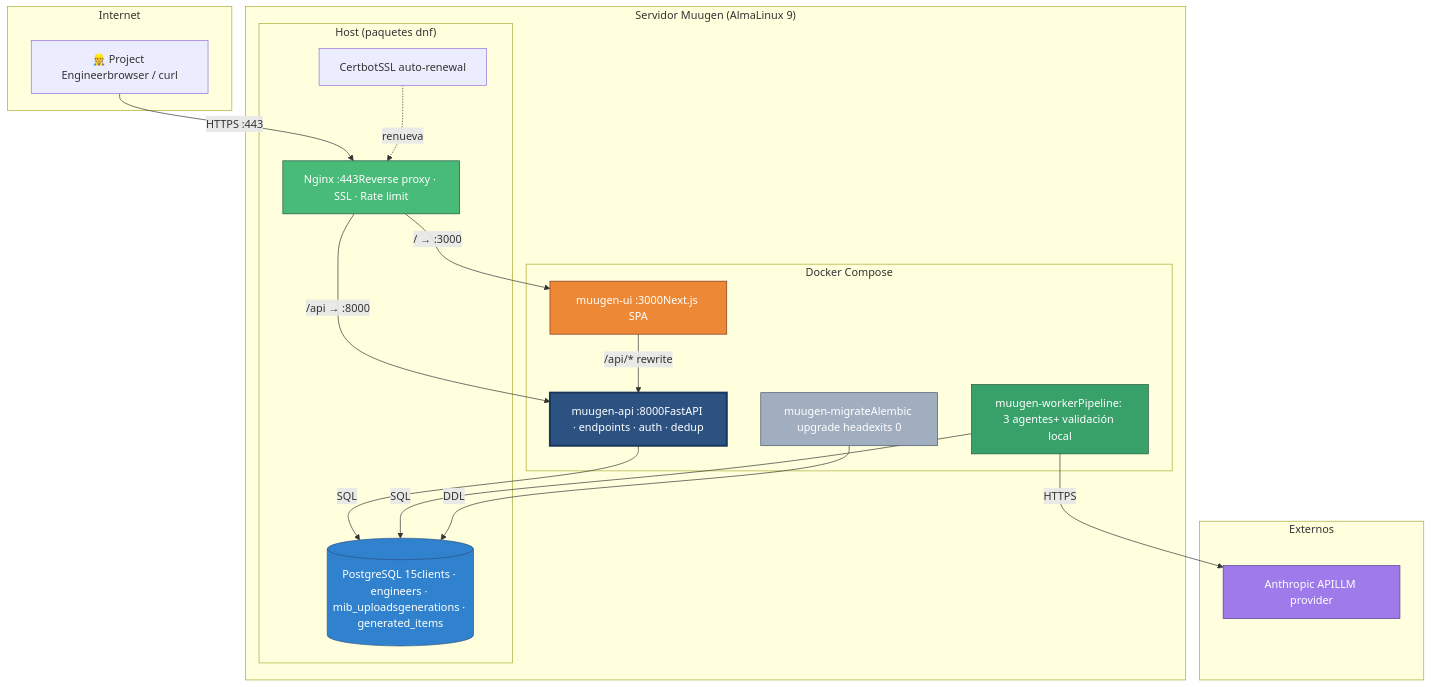
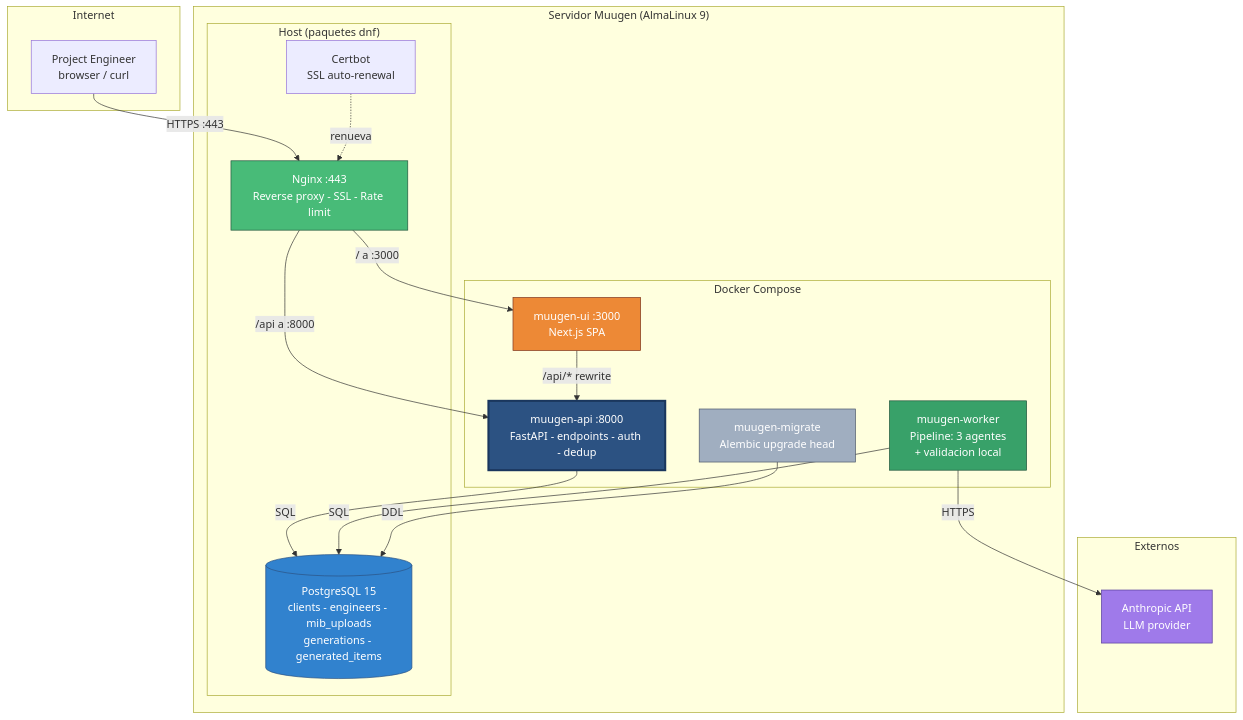
One commit to LIDR-academy/AI4Devs-finalproject changed the first of 4 diagrams in readme.md. Above: the diagram before and after it, drawn with Mermaid. The commit also changed other lines of this file and 1 other file, not shown here.

````diff
--- a/readme.md
+++ b/readme.md
@@ -143,43 +130,43 @@
 ```mermaid
 graph TB
     subgraph Internet
-        Engineer[👷 Project Engineerbrowser / curl]
+        Engineer[Project Engineer<br/>browser / curl]
     end
 
     subgraph "Servidor Muugen (AlmaLinux 9)"
         subgraph "Host (paquetes dnf)"
-            Nginx[Nginx :443Reverse proxy · SSL · Rate limit]
-            Postgres[(PostgreSQL 15clients · engineers · mib_uploadsgenerations · generated_items)]
-            Certbot[CertbotSSL auto-renewal]
+            Nginx[Nginx :443<br/>Reverse proxy - SSL - Rate limit]
+            Postgres[(PostgreSQL 15<br/>clients - engineers - mib_uploads<br/>generations - generated_items)]
+            Certbot[Certbot<br/>SSL auto-renewal]
         end
 
         subgraph "Docker Compose"
-            Migrate[muugen-migrateAlembic upgrade headexits 0]
-            API[muugen-api :8000FastAPI · endpoints · auth · dedup]
-            Worker[muugen-workerPipeline: 3 agentes+ validación local]
-            UI[muugen-ui :3000Next.js SPA]
+            Migrate[muugen-migrate<br/>Alembic upgrade head]
+            API[muugen-api :8000<br/>FastAPI - endpoints - auth - dedup]
+            Worker[muugen-worker<br/>Pipeline: 3 agentes<br/>+ validacion local]
+            UI[muugen-ui :3000<br/>Next.js SPA]
         end
     end
 
     subgraph "Externos"
-        Anthropic[Anthropic APILLM provider]
+        Anthropic[Anthropic API<br/>LLM provider]
     end
 
     Engineer -->|HTTPS :443| Nginx
-    Nginx -->|/ → :3000| UI
-    Nginx -->|/api → :8000| API
+    Nginx -->|/ a :3000| UI
+    Nginx -->|/api a :8000| API
     UI -->|/api/* rewrite| API
     API -->|SQL| Postgres
     Worker -->|SQL| Postgres
     Worker -->|HTTPS| Anthropic
     Migrate -->|DDL| Postgres
     Certbot -.->|renueva| Nginx
 
     style API fill:#2c5282,stroke:#1a365d,stroke-width:3px,color:#fff
     style Worker fill:#38a169,stroke:#22543d,color:#fff
     style Nginx fill:#48bb78,stroke:#22543d,color:#fff
     style Postgres fill:#3182ce,stroke:#2c5282,color:#fff
     style UI fill:#ed8936,stroke:#7b341e,color:#fff
     style Migrate fill:#a0aec0,stroke:#4a5568,color:#fff
     style Anthropic fill:#9f7aea,stroke:#553c9a,color:#fff
 ```
````
